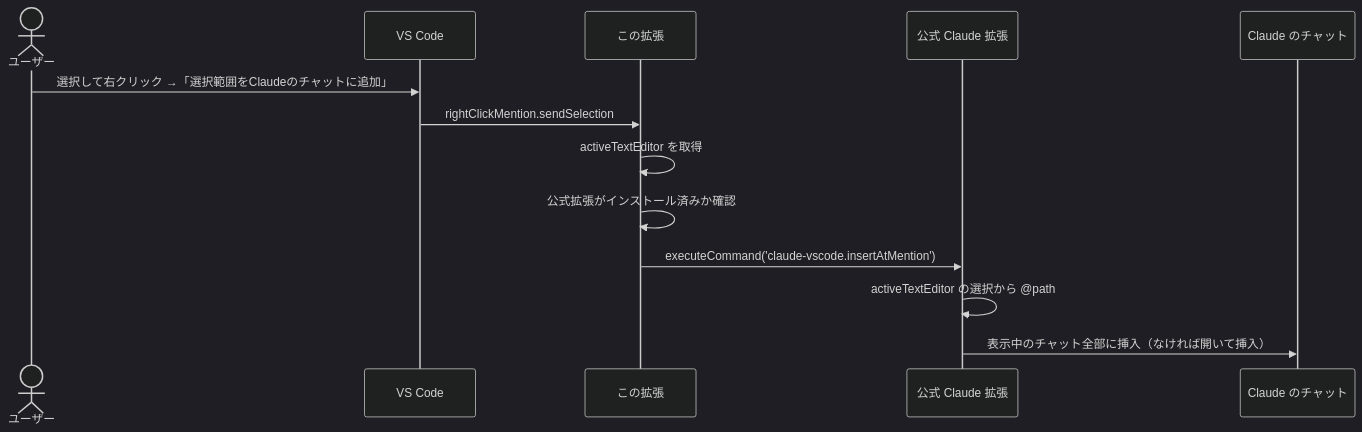
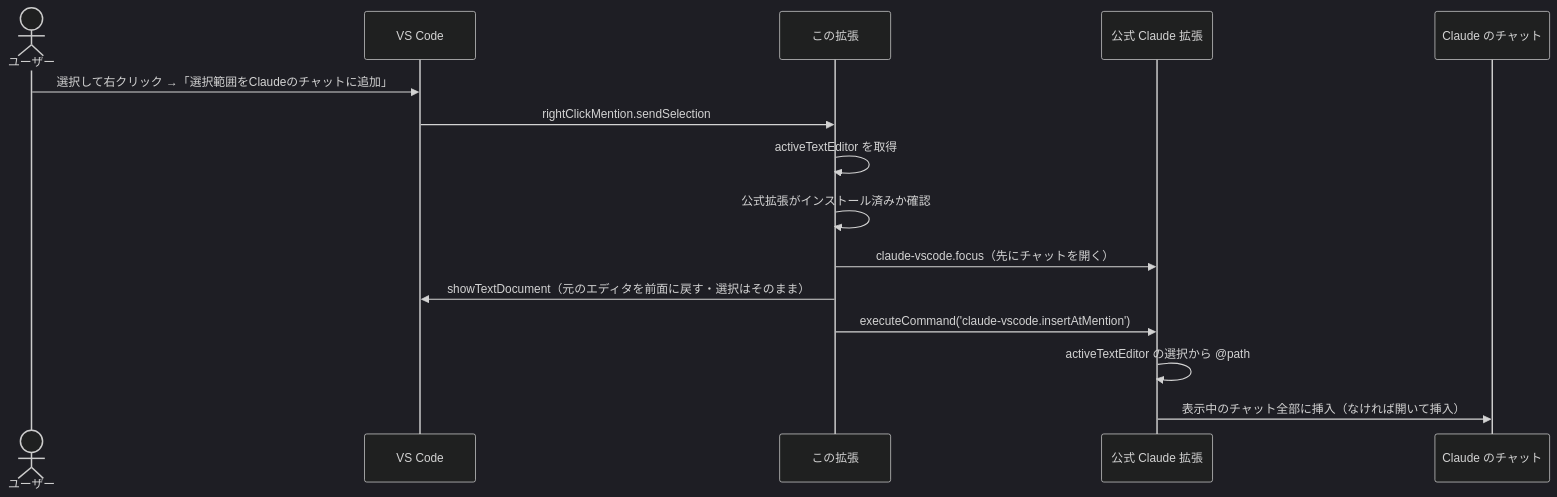
The fourth of 7 diagrams in docs/ARCHITECTURE.md (kip2/refs-to-chat), drawn with Mermaid (dark theme) before and after one commit. The commit also changed other lines of this file and 7 other files, not shown here.

````diff
--- a/docs/ARCHITECTURE.md
+++ b/docs/ARCHITECTURE.md
@@ -187,16 +188,18 @@
 ```mermaid
 sequenceDiagram
   actor U as ユーザー
   participant VS as VS Code
   participant E as この拡張
   participant C as 公式 Claude 拡張
   participant W as Claude のチャット
 
   U->>VS: 選択して右クリック →「選択範囲をClaudeのチャットに追加」
   VS->>E: rightClickMention.sendSelection
   E->>E: activeTextEditor を取得
   E->>E: 公式拡張がインストール済みか確認
+  E->>C: claude-vscode.focus（先にチャットを開く）
+  E->>VS: showTextDocument（元のエディタを前面に戻す・選択はそのまま）
   E->>C: executeCommand('claude-vscode.insertAtMention')
   C->>C: activeTextEditor の選択から @path#5-10 を作る
   C->>W: 表示中のチャット全部に挿入（なければ開いて挿入）
 ```
````
